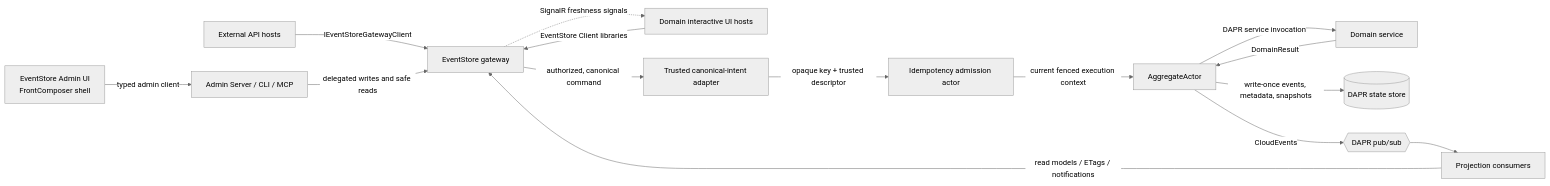
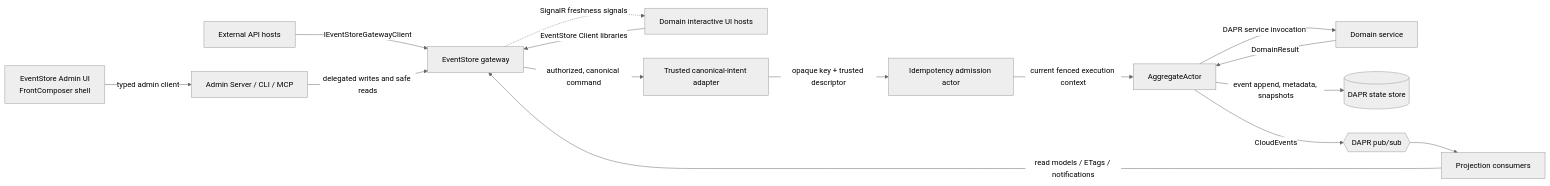
Before and after one commit to Hexalith/Hexalith.EventStore: the first of 3 diagrams in _bmad-output/planning-artifacts/architecture.md, drawn with Mermaid (neutral theme). The commit also changed other lines of this file and 20 other files, not shown here.

````diff
--- a/_bmad-output/planning-artifacts/architecture.md
+++ b/_bmad-output/planning-artifacts/architecture.md
@@ -65,17 +71,17 @@
 ```mermaid
 flowchart LR
     ExternalApi[External API hosts] -->|IEventStoreGatewayClient| Gateway[EventStore gateway]
     UI[Domain interactive UI hosts] -->|EventStore Client libraries| Gateway
     AdminUI[EventStore Admin UI<br/>FrontComposer shell] -->|typed admin client| Admin[Admin Server / CLI / MCP]
     Admin -->|delegated writes and safe reads| Gateway
     Gateway -->|authorized, canonical command| Adapter[Trusted canonical-intent adapter]
     Adapter -->|opaque key + trusted descriptor| Admission[Idempotency admission actor]
     Admission -->|current fenced execution context| Actor[AggregateActor]
     Actor -->|DAPR service invocation| DomainSvc[Domain service]
     DomainSvc -->|DomainResult| Actor
-    Actor -->|write-once events, metadata, snapshots| State[(DAPR state store)]
+    Actor -->|event append, metadata, snapshots| State[(DAPR state store)]
     Actor -->|CloudEvents| PubSub{{DAPR pub/sub}}
     PubSub --> Projection[Projection consumers]
     Projection -->|read models / ETags / notifications| Gateway
     Gateway -.->|SignalR freshness signals| UI
 ```
````
